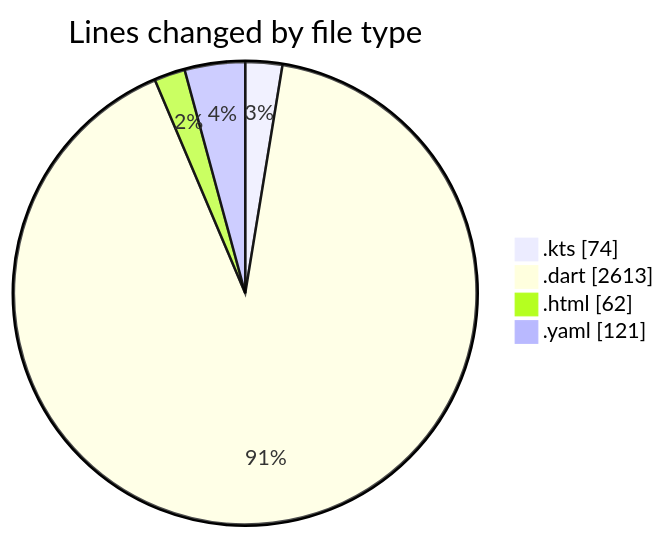
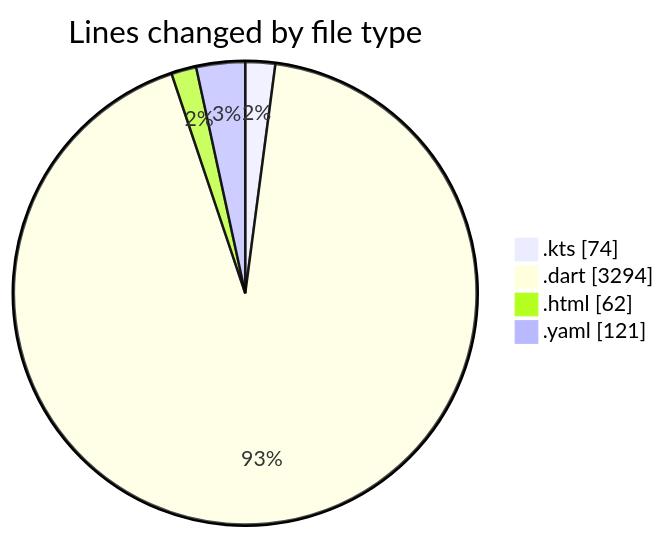
The first of 2 diagrams in 2025-08-03/studybuddy/README.md (lephambinh05/code-tracking), drawn with Mermaid before and after one commit. The commit also changed other lines of this file and 1 other file, not shown here.

````diff
--- a/2025-08-03/studybuddy/README.md
+++ b/2025-08-03/studybuddy/README.md
@@ -38,8 +41,8 @@
 ```mermaid
 pie showData
 title Lines changed by file type
 ".kts" : 74
-".dart" : 2613
+".dart" : 3294
 ".html" : 62
 ".yaml" : 121
 ```
````
